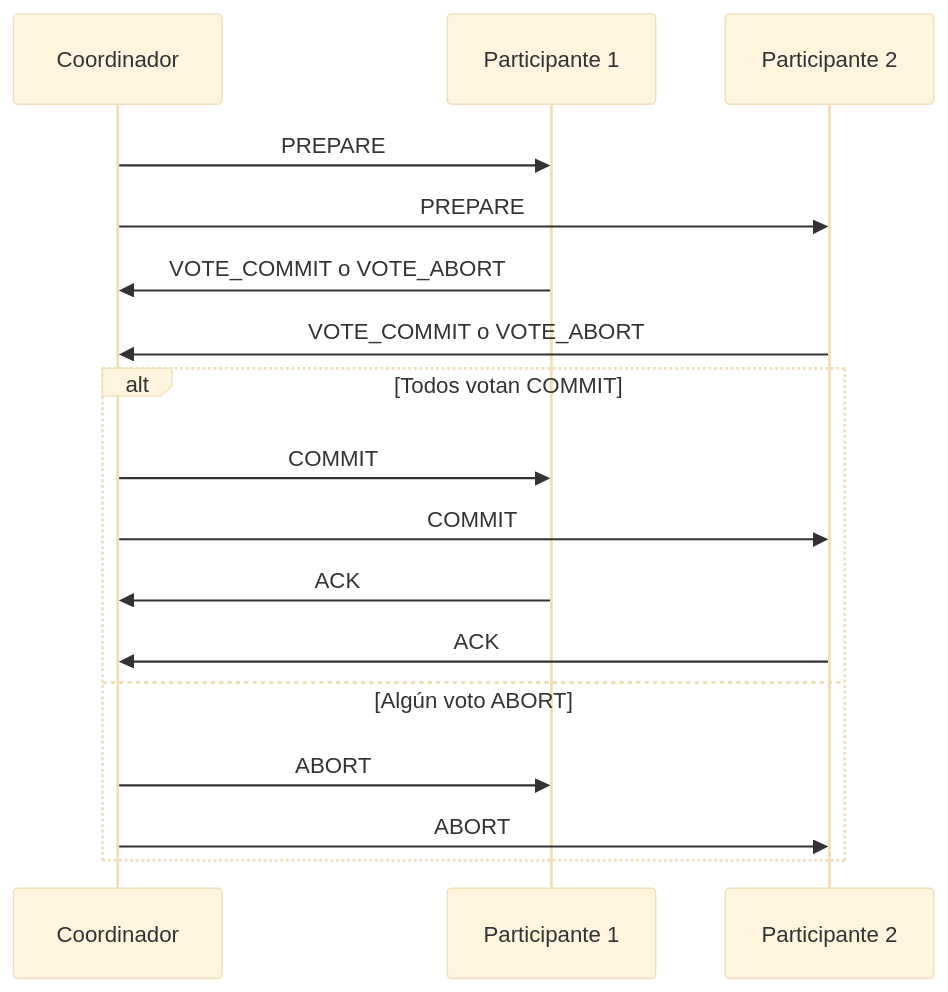
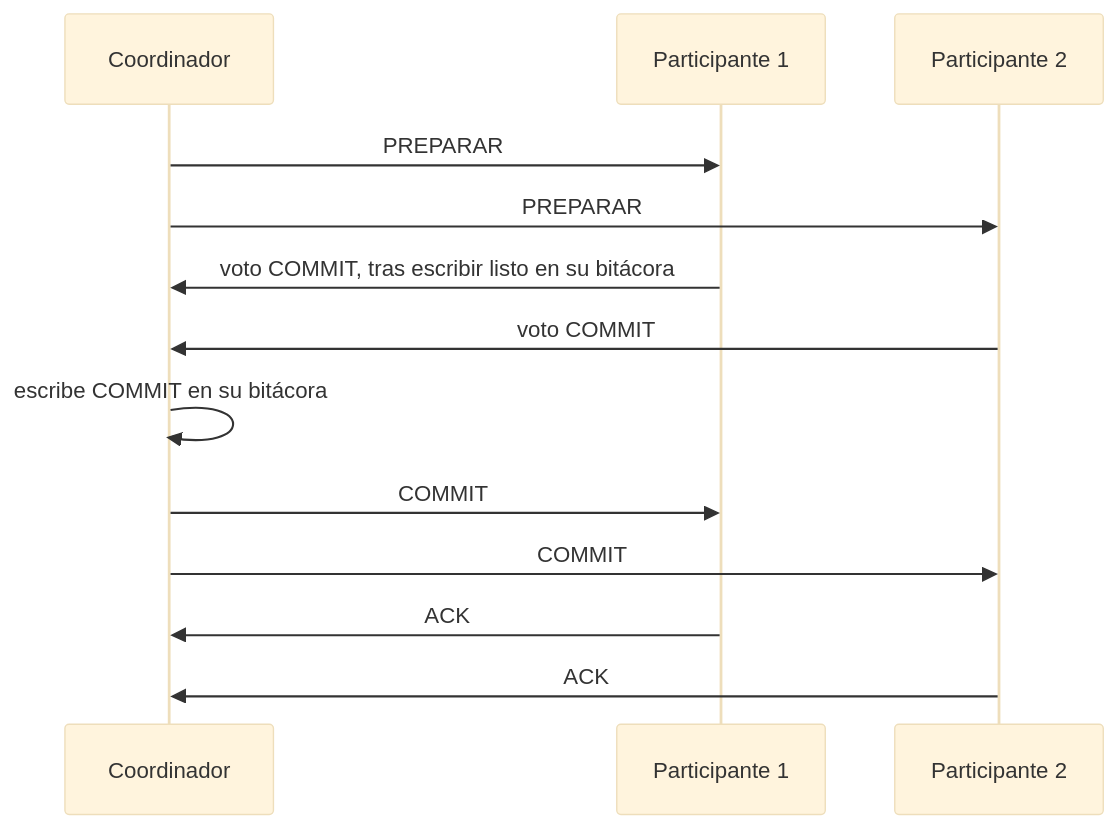
The diagram in public/documents/semester-6/3/6381.md (djaimej/computer-science-template), drawn with Mermaid (base theme) before and after one commit. The commit also changed other lines of this file and 1 other file, not shown here.

````diff
--- a/public/documents/semester-6/3/6381.md
+++ b/public/documents/semester-6/3/6381.md
@@ -200,21 +57,15 @@
 ```mermaid
 sequenceDiagram
     participant C as Coordinador
     participant P1 as Participante 1
     participant P2 as Participante 2
-
-    C->>P1: PREPARE
-    C->>P2: PREPARE
-    P1->>C: VOTE_COMMIT o VOTE_ABORT
-    P2->>C: VOTE_COMMIT o VOTE_ABORT
-
-    alt Todos votan COMMIT
-        C->>P1: COMMIT
-        C->>P2: COMMIT
-        P1->>C: ACK
-        P2->>C: ACK
-    else Algún voto ABORT
-        C->>P1: ABORT
-        C->>P2: ABORT
-    end
+    C->>P1: PREPARAR
+    C->>P2: PREPARAR
+    P1->>C: voto COMMIT, tras escribir listo en su bitácora
+    P2->>C: voto COMMIT
+    C->>C: escribe COMMIT en su bitácora
+    C->>P1: COMMIT
+    C->>P2: COMMIT
+    P1->>C: ACK
+    P2->>C: ACK
 ```
````
